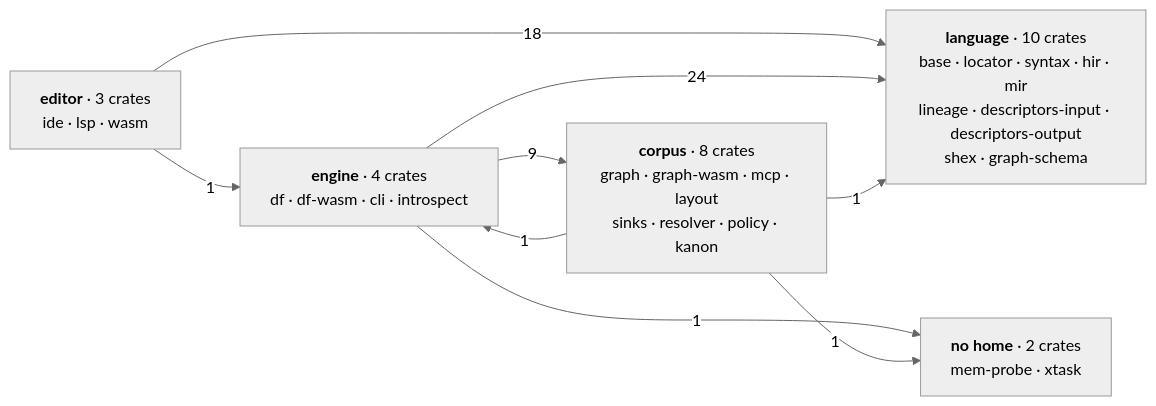
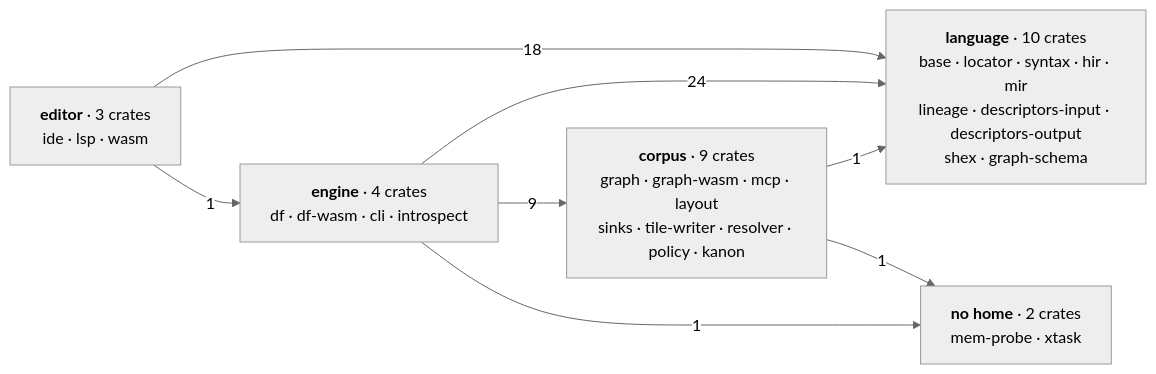
The first of 4 diagrams in apps/docs/content/docs/(root)/architecture.mdx (Kanzo-Tech/fossil-lang), drawn with Mermaid (neutral theme) before and after one commit. The commit also changed other lines of this file and 13 other files, not shown here.

````diff
--- a/apps/docs/content/docs/(root)/architecture.mdx
+++ b/apps/docs/content/docs/(root)/architecture.mdx
@@ -14,17 +11,16 @@
 ```mermaid
 graph LR
   L["<b>language</b> · 10 crates<br/>base · locator · syntax · hir · mir<br/>lineage · descriptors-input · descriptors-output<br/>shex · graph-schema"]
   E["<b>editor</b> · 3 crates<br/>ide · lsp · wasm"]
   M["<b>engine</b> · 4 crates<br/>df · df-wasm · cli · introspect"]
-  C["<b>corpus</b> · 8 crates<br/>graph · graph-wasm · mcp · layout<br/>sinks · resolver · policy · kanon"]
+  C["<b>corpus</b> · 9 crates<br/>graph · graph-wasm · mcp · layout<br/>sinks · tile-writer · resolver · policy · kanon"]
   X["<b>no home</b> · 2 crates<br/>mem-probe · xtask"]
 
   E -->|18| L
   E -->|1| M
   M -->|24| L
   M -->|9| C
-  C -->|1| M
   C -->|1| L
   M -->|1| X
   C -->|1| X
 ```
````
